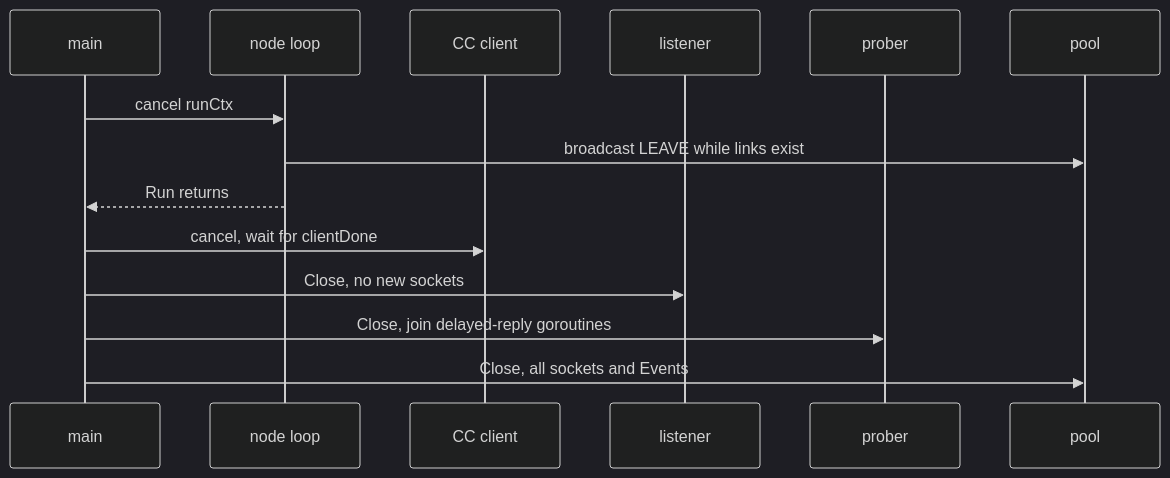
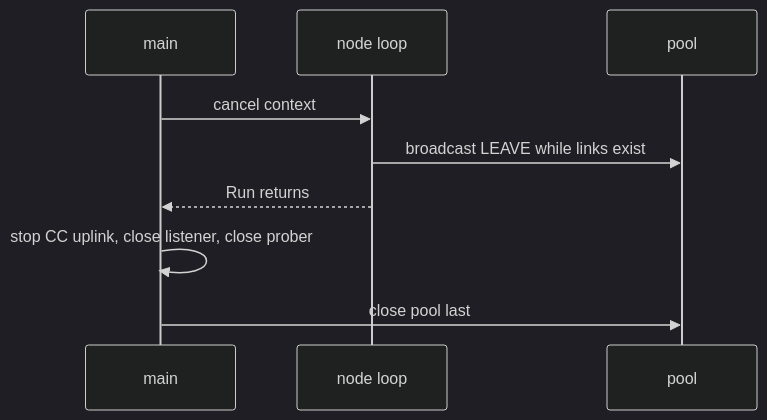
Before and after one commit to Aditya-Jyoti/swarm-communication: the diagram in docs/concepts/graceful-shutdown-and-teardown-ordering.md, drawn with Mermaid (dark theme). The commit also changed other lines of this file and 2 other files, not shown here.

````diff
--- a/docs/concepts/graceful-shutdown-and-teardown-ordering.md
+++ b/docs/concepts/graceful-shutdown-and-teardown-ordering.md
@@ -111,16 +15,11 @@
 ```mermaid
 sequenceDiagram
     participant M as main
     participant N as node loop
-    participant C as CC client
-    participant L as listener
-    participant P as prober
-    participant PL as pool
-    M->>N: cancel runCtx
-    N->>PL: broadcast LEAVE while links exist
+    participant P as pool
+    M->>N: cancel context
+    N->>P: broadcast LEAVE while links exist
     N-->>M: Run returns
-    M->>C: cancel, wait for clientDone
-    M->>L: Close, no new sockets
-    M->>P: Close, join delayed-reply goroutines
-    M->>PL: Close, all sockets and Events
+    M->>M: stop CC uplink, close listener, close prober
+    M->>P: close pool last
 ```
````
